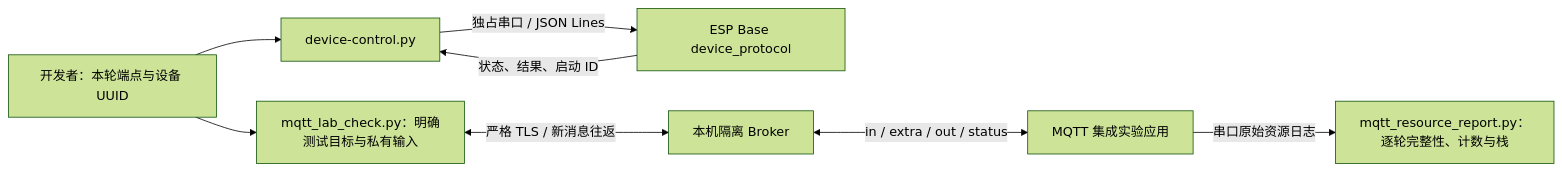
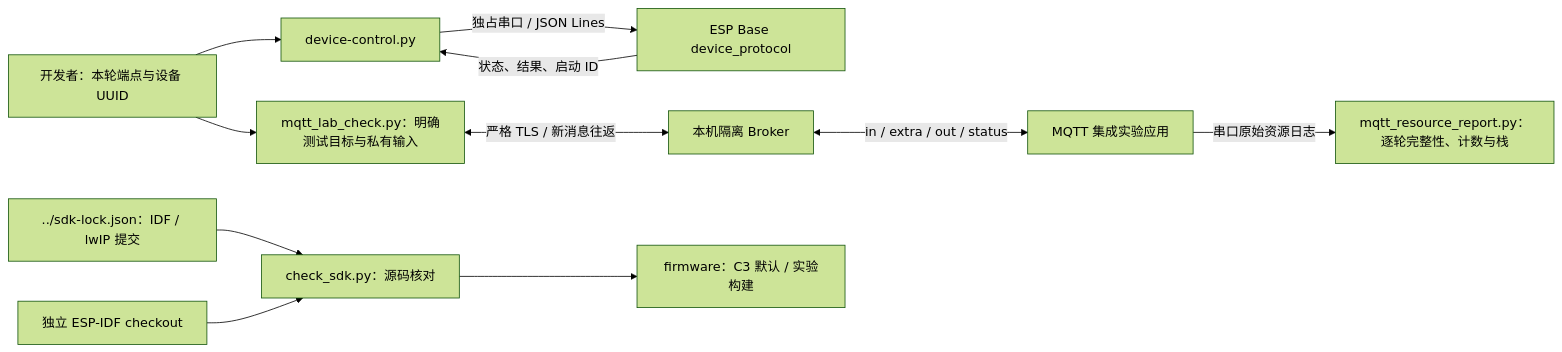
One commit to darren-you/esp-base changed the diagram in tools/README.md. Above: the diagram before and after it, drawn with Mermaid (forest theme). The commit also changed other lines of this file and 12 other files, not shown here.

Commit message:
将 ESP Base 锁至公开 SDK 修复版本并同步 MQTT 精确依赖

````diff
--- a/tools/README.md
+++ b/tools/README.md
@@ -7,10 +7,13 @@
 ```mermaid
 flowchart LR
     user["开发者：本轮端点与设备 UUID"] --> cli["device-control.py"]
     cli -->|"独占串口 / JSON Lines"| firmware["ESP Base device_protocol"]
     firmware -->|"状态、结果、启动 ID"| cli
     user --> checker["mqtt_lab_check.py：明确测试目标与私有输入"]
     checker <-->|"严格 TLS / 新消息往返"| broker["本机隔离 Broker"]
     broker <-->|"in / extra / out / status"| lab["MQTT 集成实验应用"]
     lab -->|"串口原始资源日志"| report["mqtt_resource_report.py：逐轮完整性、计数与栈"]
+    sdk_lock["../sdk-lock.json：IDF / lwIP 提交"] --> sdk_check["check_sdk.py：源码核对"]
+    idf["独立 ESP-IDF checkout"] --> sdk_check
+    sdk_check --> build["firmware：C3 默认 / 实验构建"]
 ```
````
